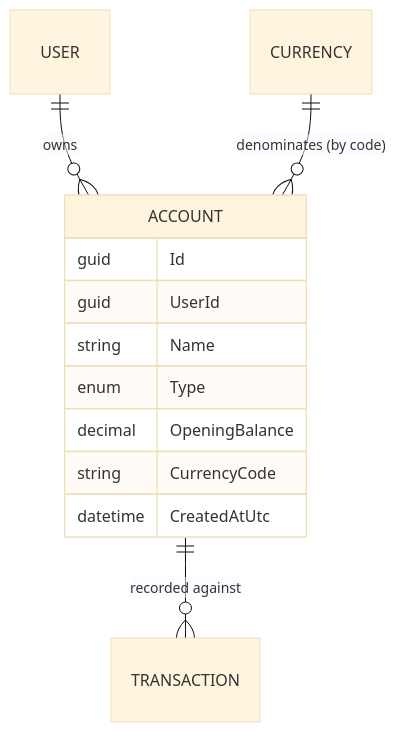
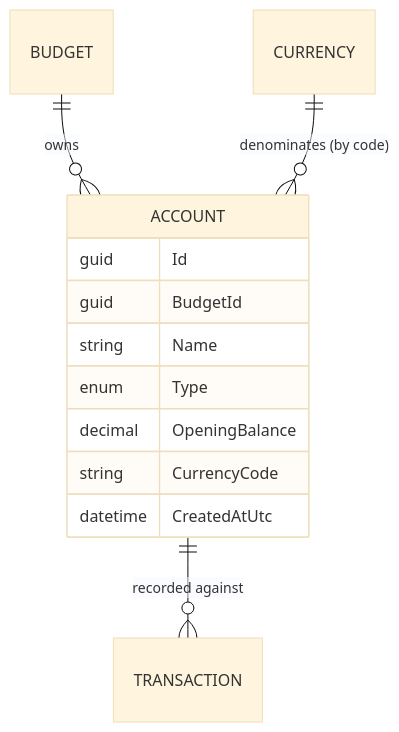
The diagram in docs/business-logic/accounts.md (anton-kochev/budgetoid), drawn with Mermaid (base theme) before and after one commit. The commit also changed other lines of this file and 63 other files, not shown here.

First line of the commit message:
feat: scope ownership to a budget instead of a user

````diff
--- a/docs/business-logic/accounts.md
+++ b/docs/business-logic/accounts.md
@@ -26,15 +25,15 @@
 ```mermaid
 erDiagram
-    USER ||--o{ ACCOUNT : owns
+    BUDGET ||--o{ ACCOUNT : owns
     CURRENCY ||--o{ ACCOUNT : "denominates (by code)"
     ACCOUNT ||--o{ TRANSACTION : "recorded against"
     ACCOUNT {
         guid Id
-        guid UserId
+        guid BudgetId
         string Name
         enum Type
         decimal OpeningBalance
         string CurrencyCode
         datetime CreatedAtUtc
     }
 ```
````
